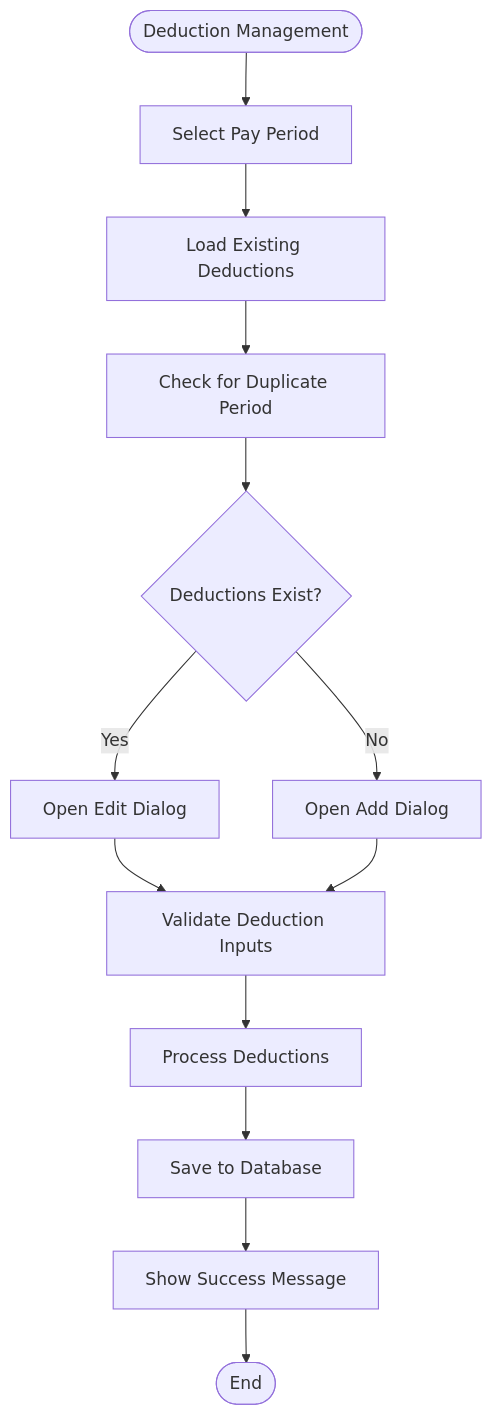
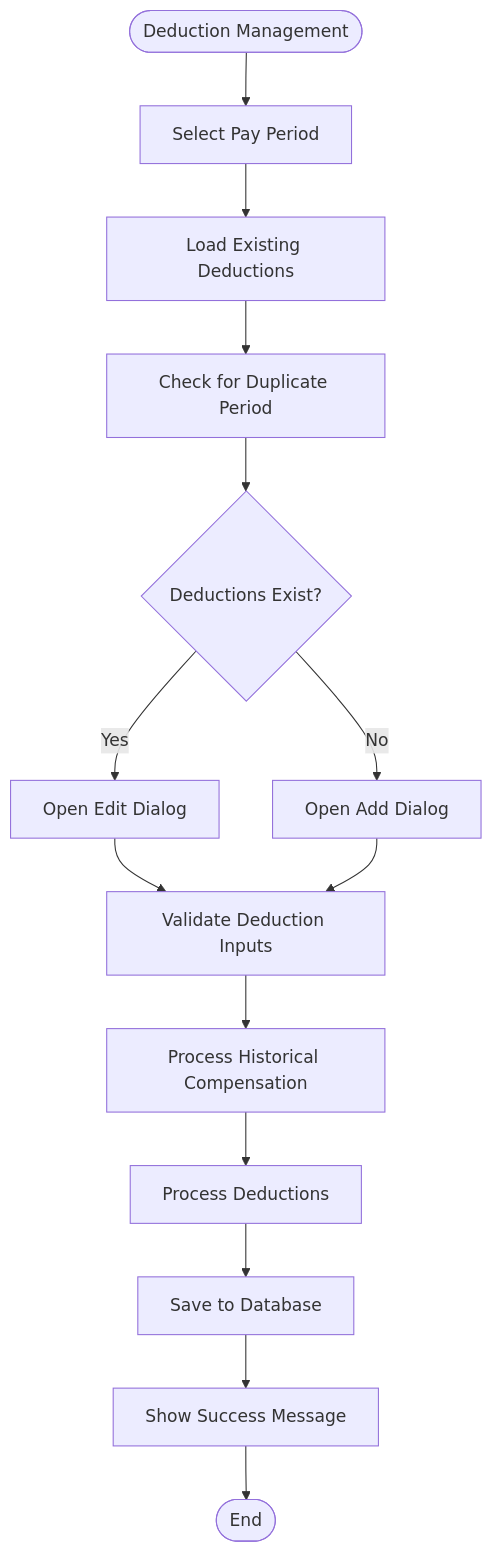
Diagram 16 of 19 in .qoder/repowiki/en/content/Employee Management/Employee Compensation Management.md (vincet0t15/template), drawn with Mermaid before and after one commit. The commit also changed other lines of this file and 11 other files, not shown here.

````diff
--- a/.qoder/repowiki/en/content/Employee Management/Employee Compensation Management.md
+++ b/.qoder/repowiki/en/content/Employee Management/Employee Compensation Management.md
@@ -701,15 +858,16 @@
 ```mermaid
 flowchart TD
 Start([Deduction Management]) --> SelectPeriod["Select Pay Period"]
 SelectPeriod --> LoadDeductions["Load Existing Deductions"]
 LoadDeductions --> CheckDuplicates["Check for Duplicate Period"]
 CheckDuplicates --> HasDeductions{"Deductions Exist?"}
 HasDeductions --> |Yes| EditMode["Open Edit Dialog"]
 HasDeductions --> |No| AddMode["Open Add Dialog"]
 EditMode --> ValidateInputs["Validate Deduction Inputs"]
 AddMode --> ValidateInputs
-ValidateInputs --> ProcessDeductions["Process Deductions"]
+ValidateInputs --> HistoricalCalc["Process Historical Compensation"]
+HistoricalCalc --> ProcessDeductions["Process Deductions"]
 ProcessDeductions --> SaveDeductions["Save to Database"]
 SaveDeductions --> Success["Show Success Message"]
 Success --> End([End])
 ```
````
